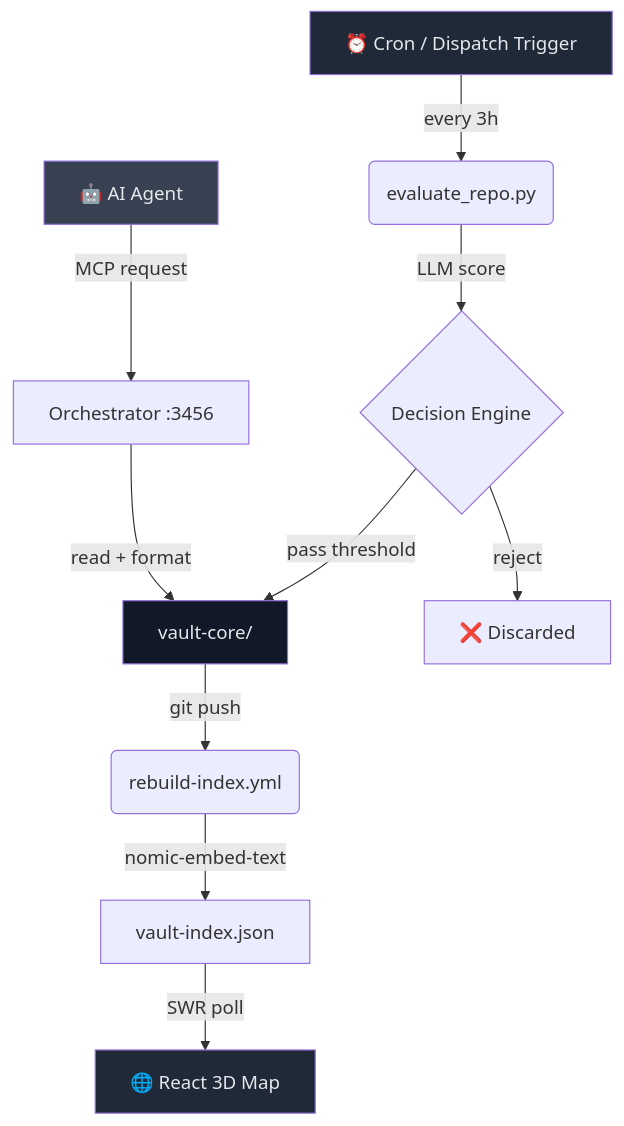
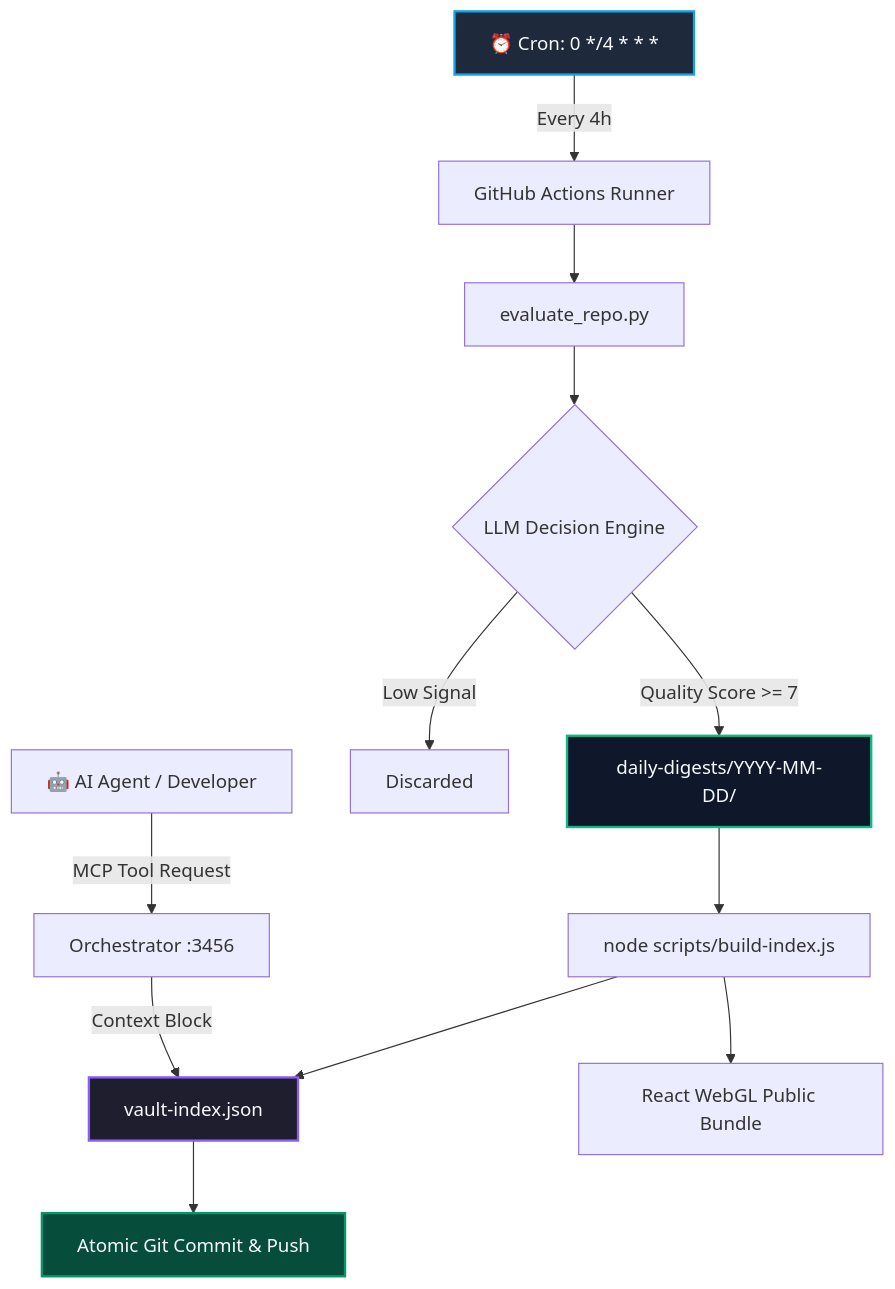
The diagram in README.md (SAIRAMANALADI/vybe-intelligence-vault), drawn with Mermaid before and after one commit. The commit also changed other lines of this file, not shown here.

Commit message:
docs(readme): redesign README with high-impact badges, architecture flow, and MCP integration [skip ci]

````diff
--- a/README.md
+++ b/README.md
@@ -98,17 +148,20 @@
 ```mermaid
 graph TD
-    A[⏰ Cron / Dispatch Trigger] -->|every 3h| B(evaluate_repo.py)
-    B -->|LLM score| C{Decision Engine}
-    C -->|pass threshold| D[vault-core/]
-    C -->|reject| X[❌ Discarded]
-    D -->|git push| E(rebuild-index.yml)
-    E -->|nomic-embed-text| F[vault-index.json]
-    F -->|SWR poll| G[🌐 React 3D Map]
-    H[🤖 AI Agent] -->|MCP request| I[Orchestrator :3456]
-    I -->|read + format| D
+    A[⏰ Cron: 0 */4 * * *] -->|Every 4h| B[GitHub Actions Runner]
+    B --> C[evaluate_repo.py]
+    C --> D{LLM Decision Engine}
+    D -->|Quality Score >= 7| E[daily-digests/YYYY-MM-DD/]
+    D -->|Low Signal| F[Discarded]
+    E --> G[node scripts/build-index.js]
+    G --> H[vault-index.json]
+    G --> I[React WebGL Public Bundle]
+    H --> J[Atomic Git Commit & Push]
+    
+    K[🤖 AI Agent / Developer] -->|MCP Tool Request| L[Orchestrator :3456]
+    L -->|Context Block| H
 
-    style A fill:#1f2937,color:#e5e7eb
-    style D fill:#111827,color:#e5e7eb
-    style G fill:#1f2937,color:#e5e7eb
-    style H fill:#374151,color:#e5e7eb
+    style A fill:#1e293b,stroke:#0ea5e9,stroke-width:2px,color:#f8fafc
+    style E fill:#0f172a,stroke:#10b981,stroke-width:2px,color:#f8fafc
+    style H fill:#1e1e2e,stroke:#8b5cf6,stroke-width:2px,color:#f8fafc
+    style J fill:#064e3b,stroke:#059669,stroke-width:2px,color:#f8fafc
 ```
````
